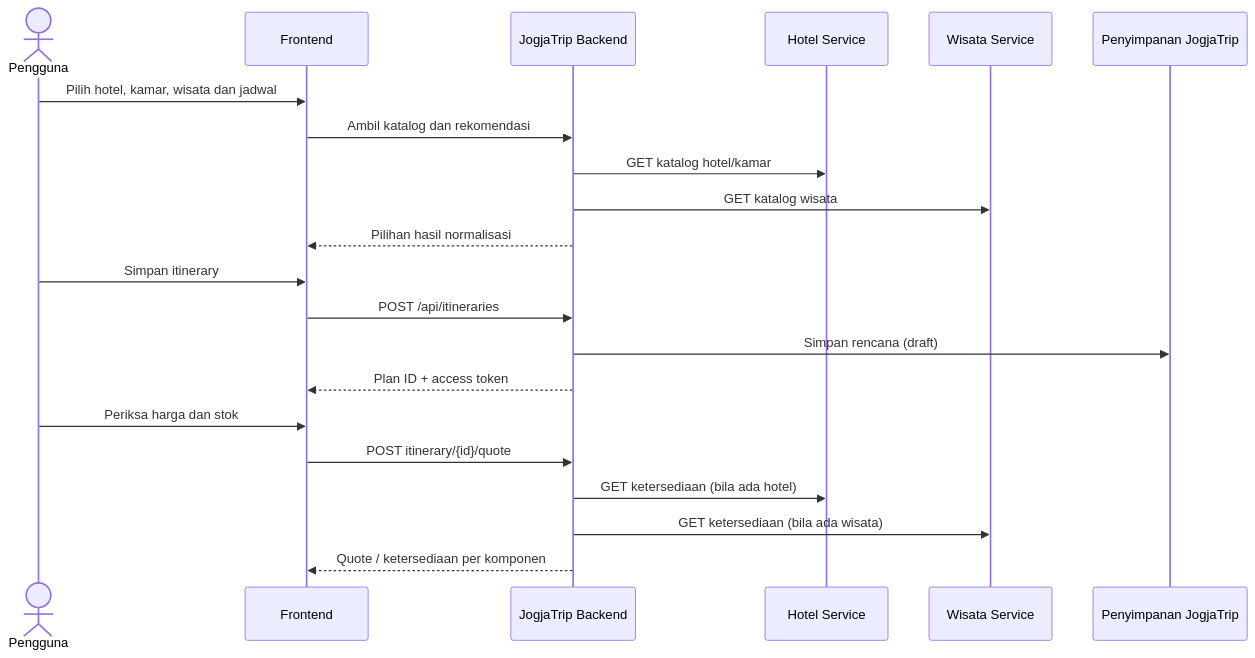
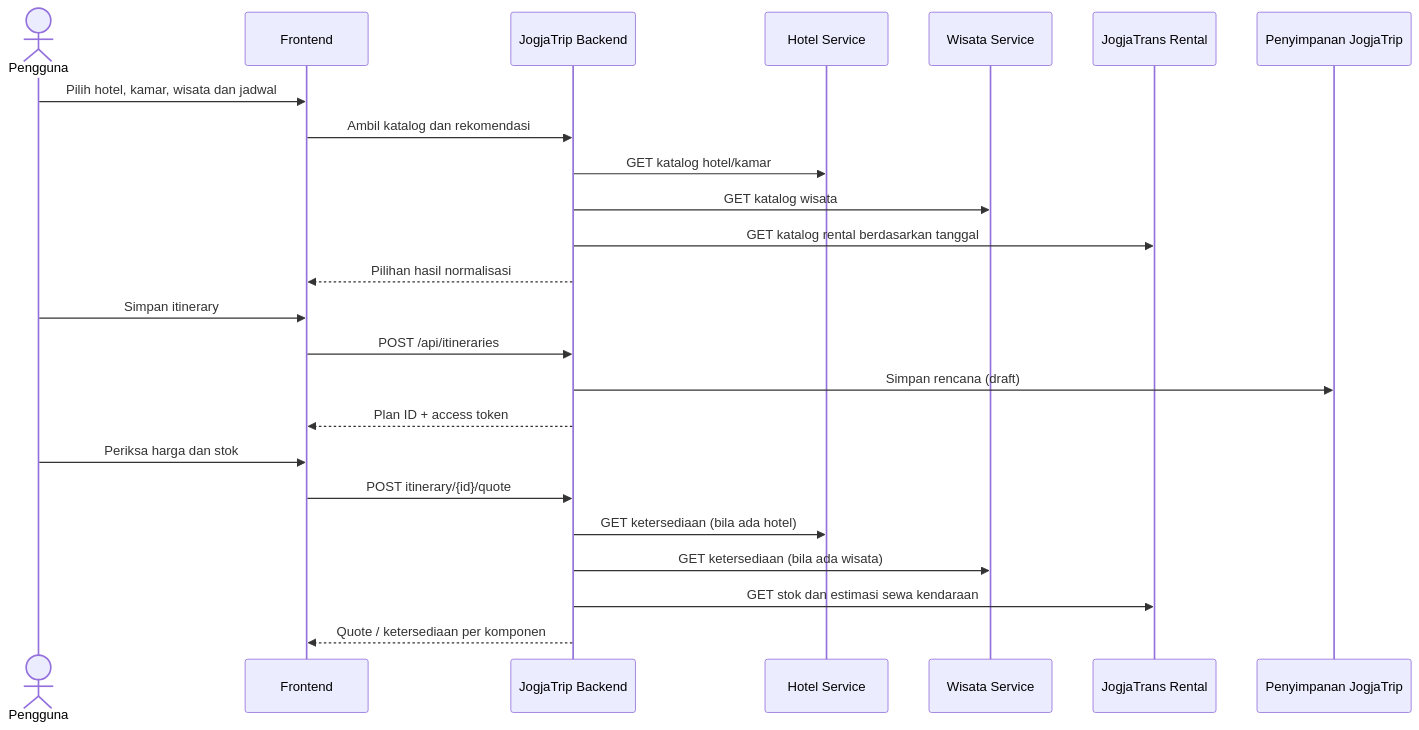
One commit to Sapexxx/jogjatrip-itinerary changed the second of 2 diagrams in docs/ARCHITECTURE.md. Above: the diagram before and after it, drawn with Mermaid. The commit also changed other lines of this file, not shown here.

Commit message:
docs(transport): update architecture, API, UI and README

````diff
--- a/docs/ARCHITECTURE.md
+++ b/docs/ARCHITECTURE.md
@@ -58,24 +59,27 @@
 ```mermaid
 sequenceDiagram
     actor User as Pengguna
     participant UI as Frontend
     participant JT as JogjaTrip Backend
     participant H as Hotel Service
     participant W as Wisata Service
+    participant T as JogjaTrans Rental
     participant DB as Penyimpanan JogjaTrip
 
     User->>UI: Pilih hotel, kamar, wisata dan jadwal
     UI->>JT: Ambil katalog dan rekomendasi
     JT->>H: GET katalog hotel/kamar
     JT->>W: GET katalog wisata
+    JT->>T: GET katalog rental berdasarkan tanggal
     JT-->>UI: Pilihan hasil normalisasi
     User->>UI: Simpan itinerary
     UI->>JT: POST /api/itineraries
     JT->>DB: Simpan rencana (draft)
     JT-->>UI: Plan ID + access token
     User->>UI: Periksa harga dan stok
     UI->>JT: POST itinerary/{id}/quote
     JT->>H: GET ketersediaan (bila ada hotel)
     JT->>W: GET ketersediaan (bila ada wisata)
+    JT->>T: GET stok dan estimasi sewa kendaraan
     JT-->>UI: Quote / ketersediaan per komponen
 ```
````
